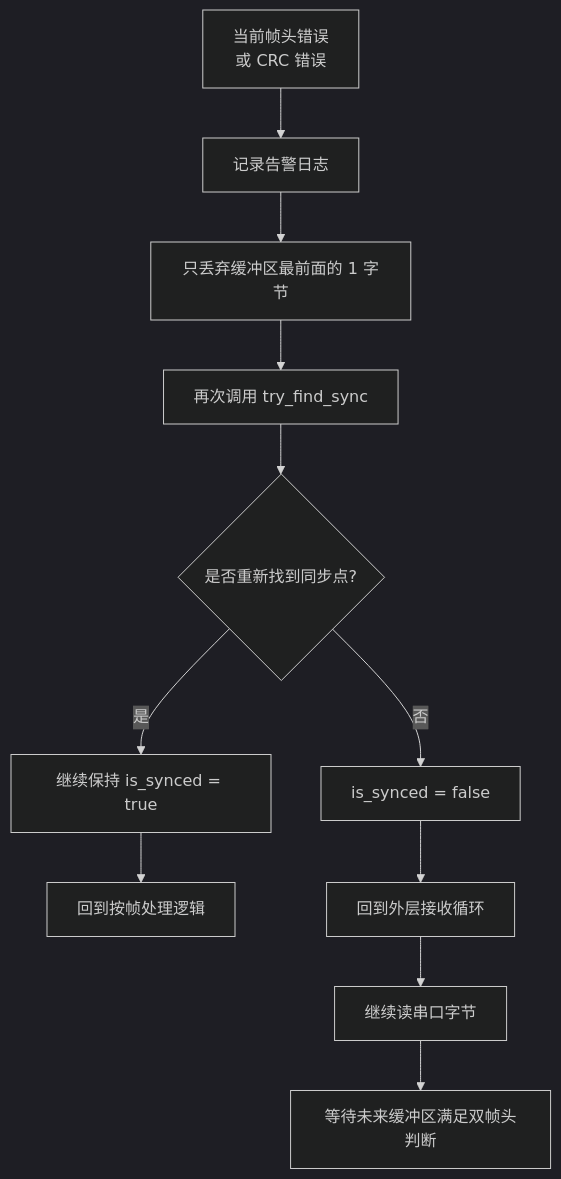
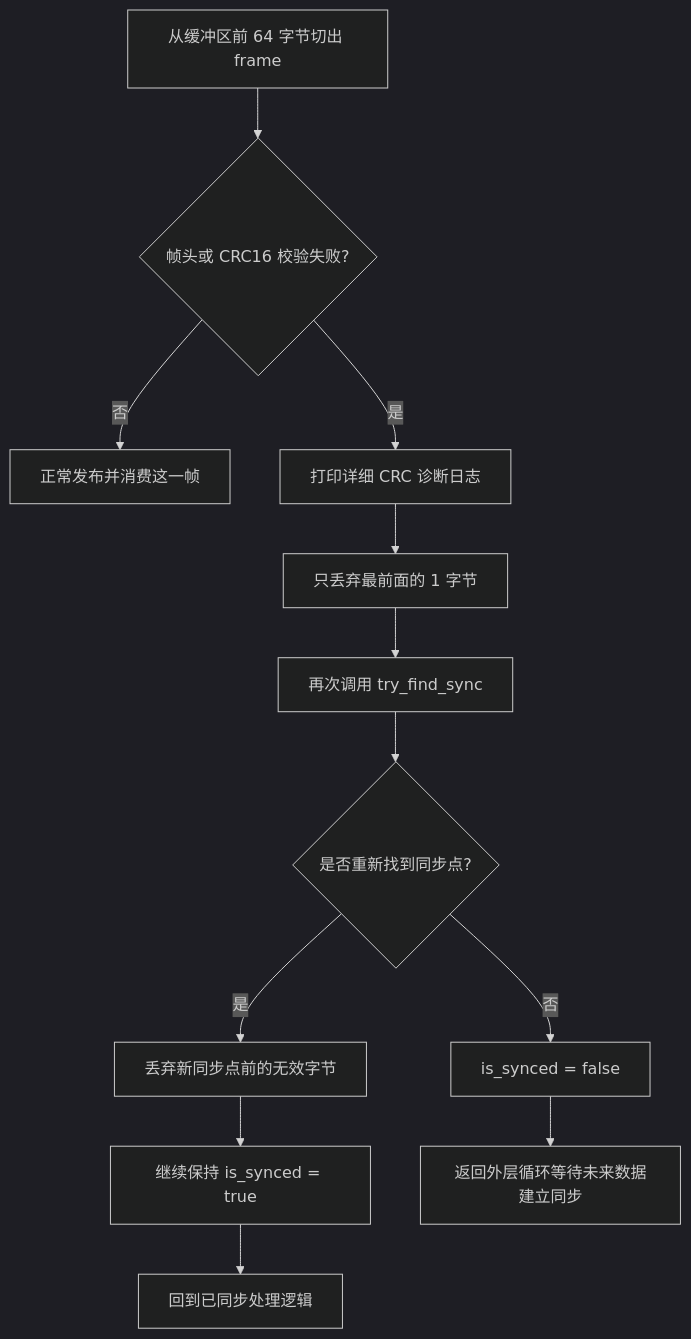
Before and after one commit to ecuster21/MissionComputerTeach: the second of 2 diagrams in docs/frame_sync/04_校验失败重同步.md, drawn with Mermaid (dark theme). The commit also changed other lines of this file and 12 other files, not shown here.

````diff
--- a/docs/frame_sync/04_校验失败重同步.md
+++ b/docs/frame_sync/04_校验失败重同步.md
@@ -5,15 +24,14 @@
 ```mermaid
 flowchart TB
-    A[当前帧头错误<br/>或 CRC 错误] --> B[记录告警日志]
-    B --> C[只丢弃缓冲区最前面的 1 字节]
-    C --> D[再次调用 try_find_sync]
-
-    D --> E{是否重新找到同步点?}
-    E -- 是 --> F[继续保持 is_synced = true]
-    F --> G[回到按帧处理逻辑]
-
-    E -- 否 --> H[is_synced = false]
-    H --> I[回到外层接收循环]
-    I --> J[继续读串口字节]
-    J --> K[等待未来缓冲区满足双帧头判断]
+    A[从缓冲区前 64 字节切出 frame] --> B{帧头或 CRC16 校验失败?}
+    B -- 否 --> C[正常发布并消费这一帧]
+    B -- 是 --> D[打印详细 CRC 诊断日志]
+    D --> E[只丢弃最前面的 1 字节]
+    E --> F[再次调用 try_find_sync]
+    F --> G{是否重新找到同步点?}
+    G -- 是 --> H[丢弃新同步点前的无效字节]
+    H --> I[继续保持 is_synced = true]
+    I --> J[回到已同步处理逻辑]
+    G -- 否 --> K[is_synced = false]
+    K --> L[返回外层循环等待未来数据建立同步]
 ```
````
